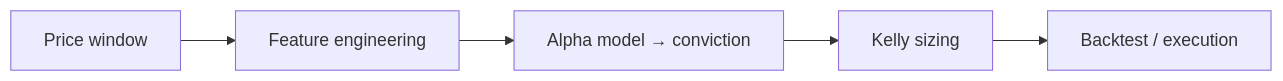
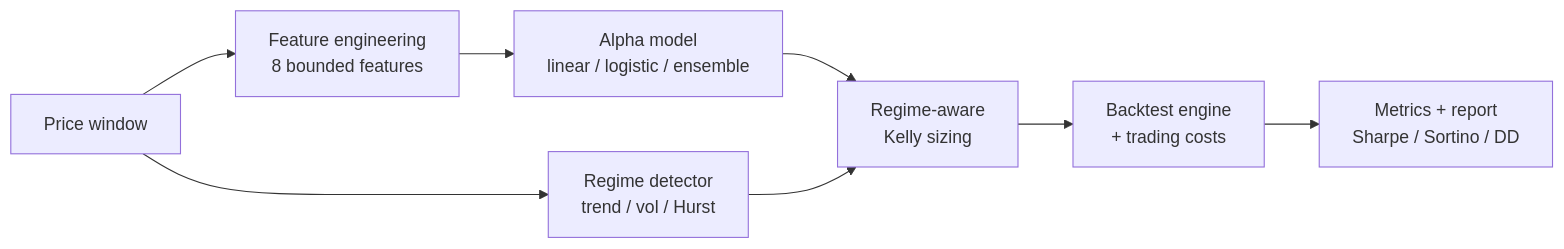
The diagram in README.md (Viprasol-Tech/ai-crypto-trading-bot), drawn with Mermaid before and after one commit. The commit also changed other lines of this file and 17 other files, not shown here.

````diff
--- a/README.md
+++ b/README.md
@@ -65,7 +119,10 @@
 ```mermaid
 flowchart LR
-    PRICES[Price window] --> FEAT[Feature engineering]
-    FEAT --> ALPHA[Alpha model → conviction]
-    ALPHA --> SIZE[Kelly sizing]
-    SIZE --> BT[Backtest / execution]
+    PRICES[Price window] --> FEAT[Feature engineering<br/>8 bounded features]
+    FEAT --> ALPHA[Alpha model<br/>linear / logistic / ensemble]
+    PRICES --> REG[Regime detector<br/>trend / vol / Hurst]
+    ALPHA --> SIZE[Regime-aware<br/>Kelly sizing]
+    REG --> SIZE
+    SIZE --> BT[Backtest engine<br/>+ trading costs]
+    BT --> MET[Metrics + report<br/>Sharpe / Sortino / DD]
 ```
````
